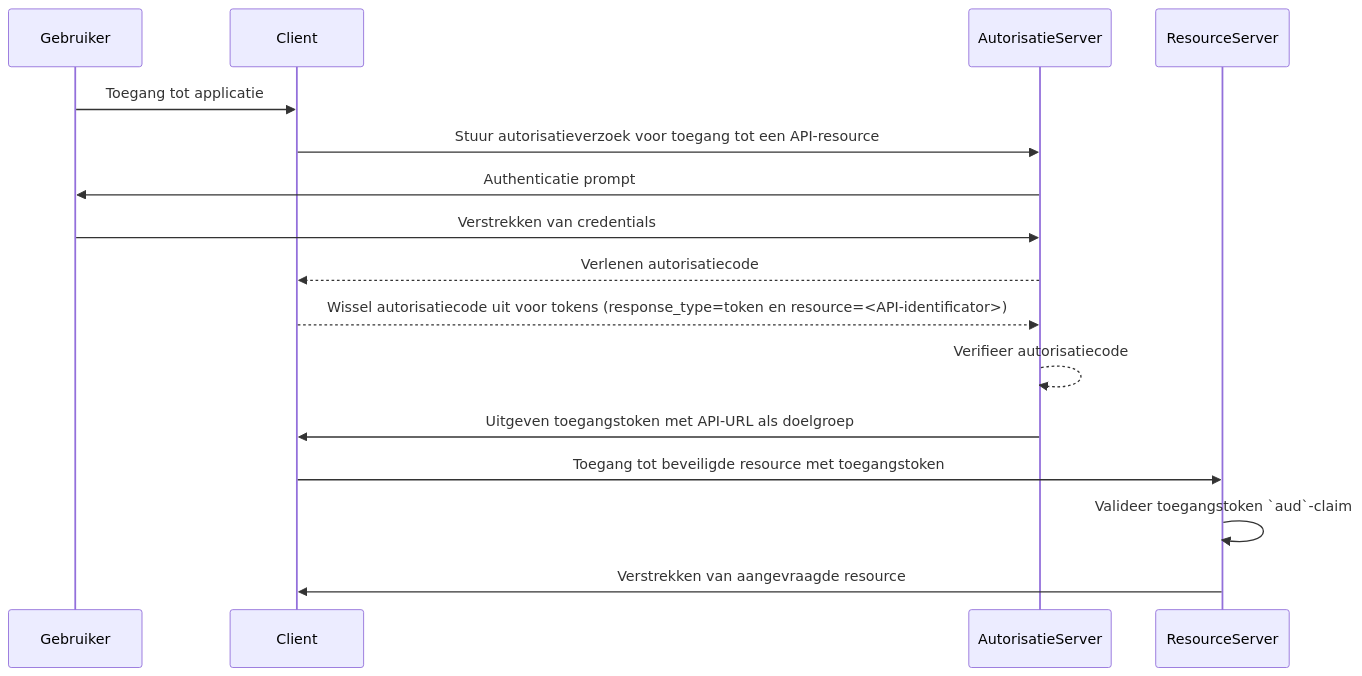
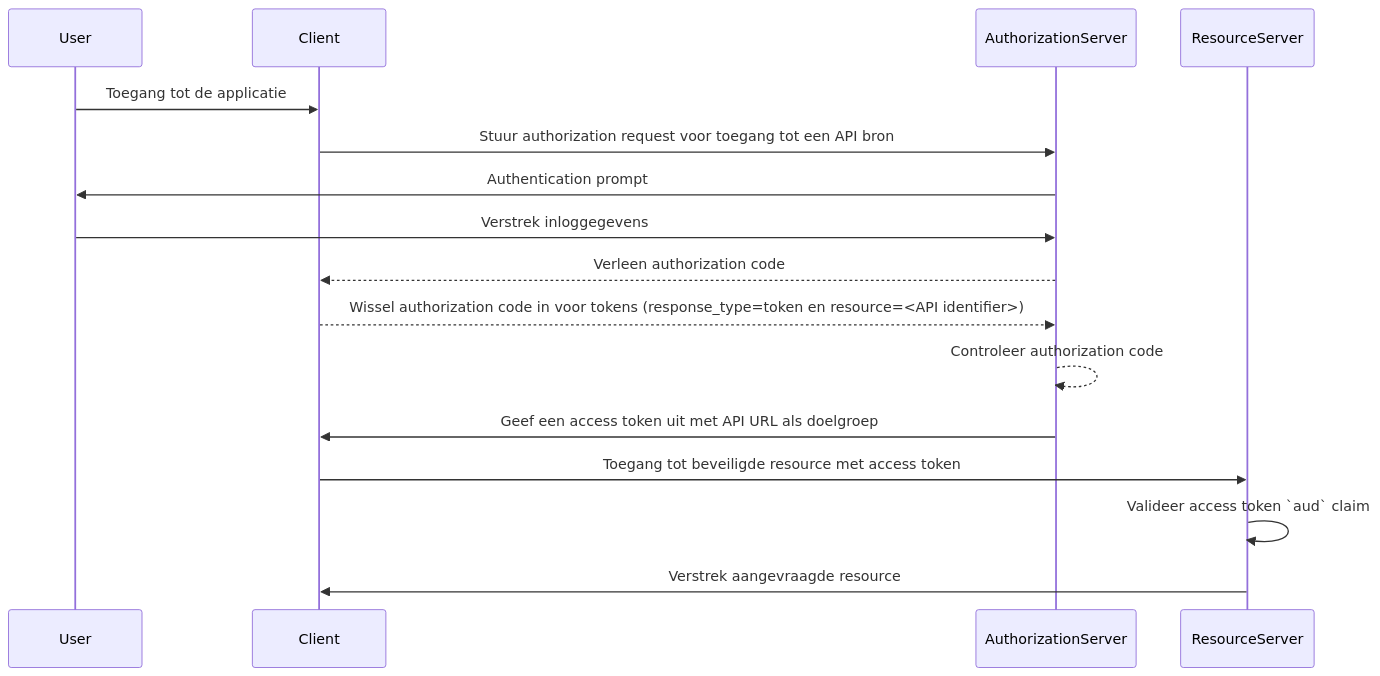
Before and after one commit to logto-io/auth-wiki: the second of 2 diagrams in src/content/terms/nl/audience.mdx, drawn with Mermaid. The commit also changed other lines of this file and 48 other files, not shown here.

````diff
--- a/src/content/terms/nl/audience.mdx
+++ b/src/content/terms/nl/audience.mdx
@@ -93,19 +93,19 @@
 ```mermaid
 sequenceDiagram
-    participant Gebruiker
+    participant User
     participant Client
-    participant AutorisatieServer
+    participant AuthorizationServer
     participant ResourceServer
 
-    Gebruiker->>Client: Toegang tot applicatie
-    Client->>AutorisatieServer: Stuur autorisatieverzoek voor toegang tot een API-resource
-    AutorisatieServer->>Gebruiker: Authenticatie prompt
-    Gebruiker->>AutorisatieServer: Verstrekken van credentials
-    AutorisatieServer-->>Client: Verlenen autorisatiecode
-    Client-->>AutorisatieServer: Wissel autorisatiecode uit voor tokens (response_type=token en resource=<API-identificator>)
-    AutorisatieServer-->>AutorisatieServer: Verifieer autorisatiecode
-    AutorisatieServer->>Client: Uitgeven toegangstoken met API-URL als doelgroep
-    Client->>ResourceServer: Toegang tot beveiligde resource met toegangstoken
-    ResourceServer->>ResourceServer: Valideer toegangstoken `aud`-claim
-    ResourceServer->>Client: Verstrekken van aangevraagde resource
+    User->>Client: Toegang tot de applicatie
+    Client->>AuthorizationServer: Stuur authorization request voor toegang tot een API bron
+    AuthorizationServer->>User: Authentication prompt
+    User->>AuthorizationServer: Verstrek inloggegevens
+    AuthorizationServer-->>Client: Verleen authorization code
+    Client-->>AuthorizationServer: Wissel authorization code in voor tokens (response_type=token en resource=<API identifier>)
+    AuthorizationServer-->>AuthorizationServer: Controleer authorization code
+    AuthorizationServer->>Client: Geef een access token uit met API URL als doelgroep
+    Client->>ResourceServer: Toegang tot beveiligde resource met access token
+    ResourceServer->>ResourceServer: Valideer access token `aud` claim
+    ResourceServer->>Client: Verstrek aangevraagde resource
 ```
````
